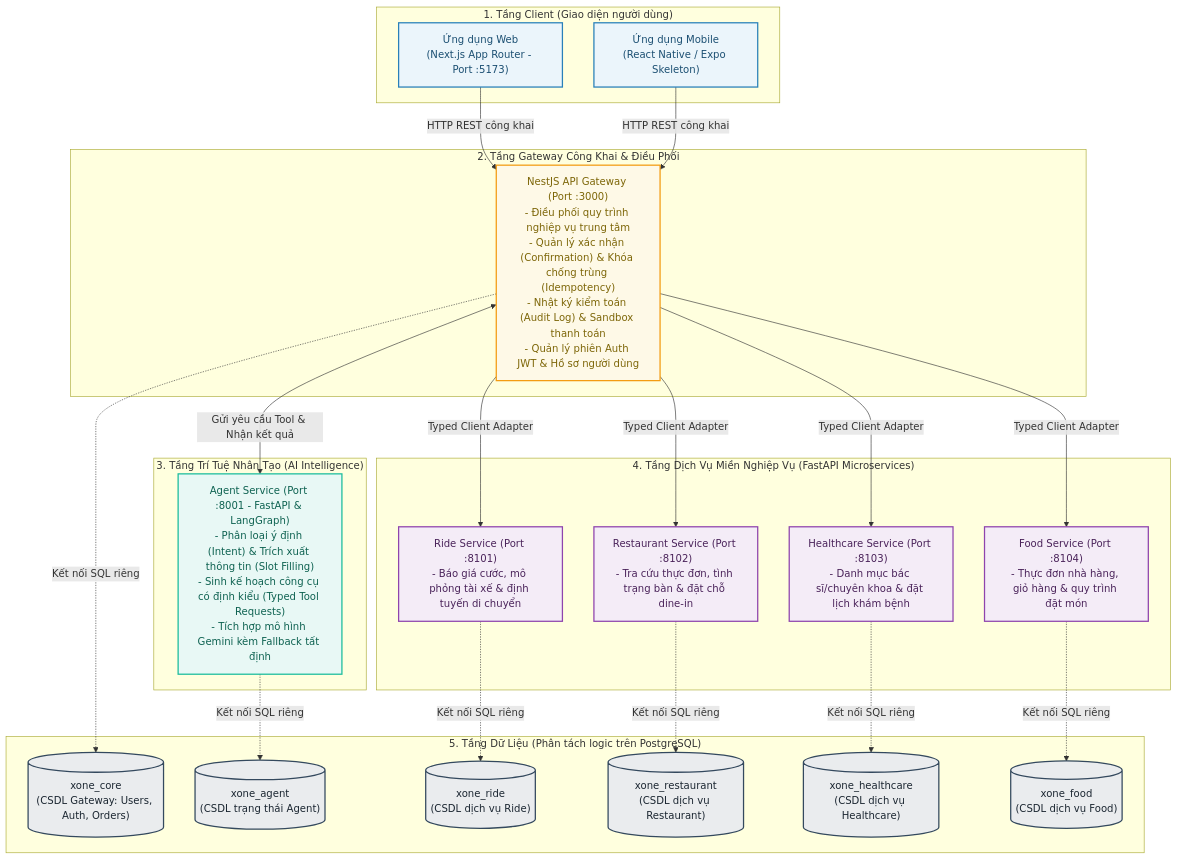
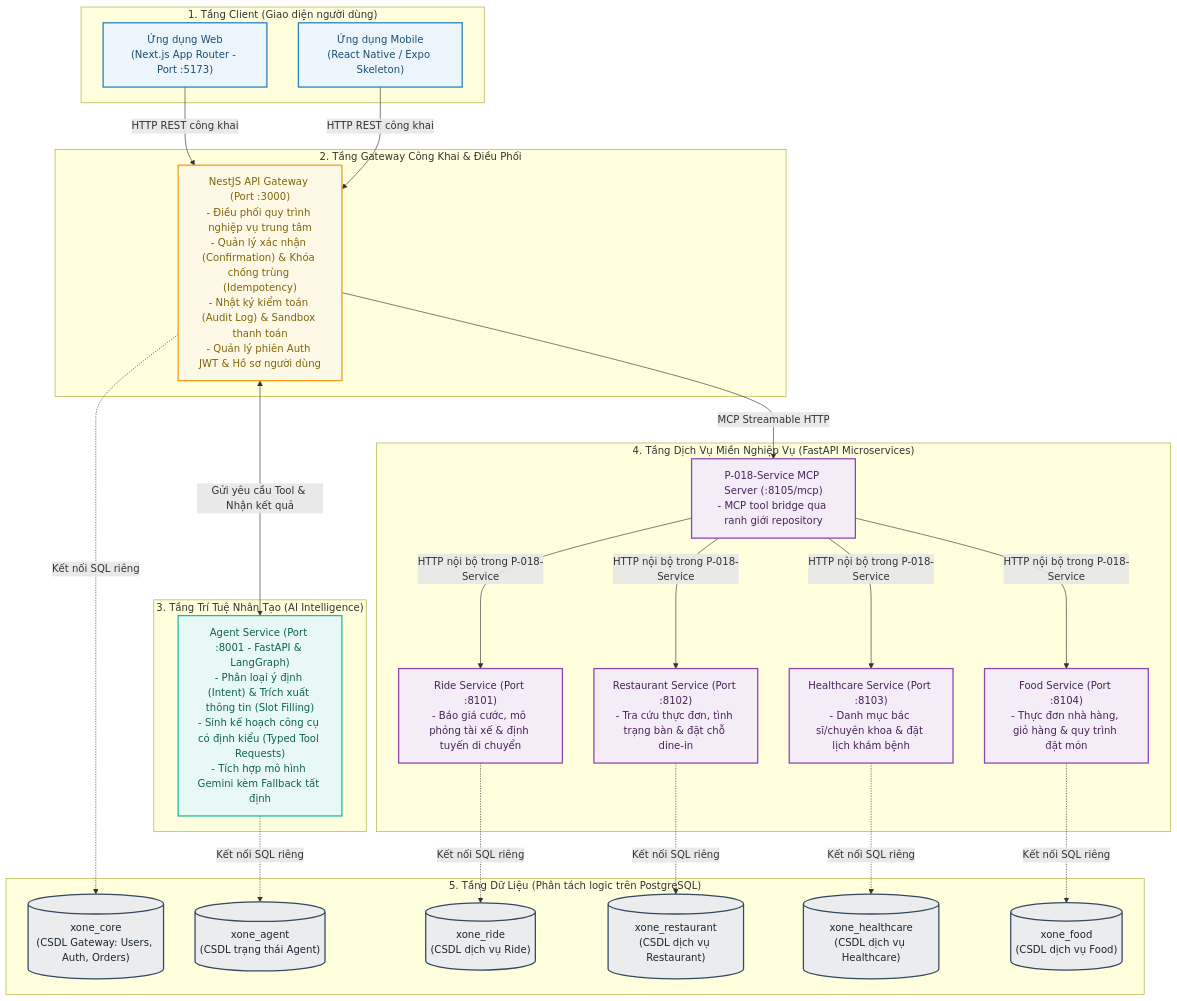
The diagram in docs/02-architecture/system-overview.md (codecuatai/P-018), drawn with Mermaid before and after one commit. The commit also changed other lines of this file and 35 other files, not shown here.

Commit message:
feat: decouple service gateway and improve web UX

````diff
--- a/docs/02-architecture/system-overview.md
+++ b/docs/02-architecture/system-overview.md
@@ -16,54 +16,56 @@
 ```mermaid
 flowchart TB
     classDef client fill:#EBF5FB,stroke:#2980B9,stroke-width:2px,color:#1B4F72;
     classDef gateway fill:#FEF9E7,stroke:#F39C12,stroke-width:2px,color:#7D6608;
     classDef agent fill:#E8F8F5,stroke:#1ABC9C,stroke-width:2px,color:#0E6251;
     classDef domain fill:#F4ECF7,stroke:#8E44AD,stroke-width:2px,color:#4A235A;
     classDef database fill:#EAECEE,stroke:#34495E,stroke-width:2px,color:#1B2631;
 
     subgraph ClientLayer["1. Tầng Client (Giao diện người dùng)"]
         Web["Ứng dụng Web\n(Next.js App Router - Port :5173)"]:::client
         Mobile["Ứng dụng Mobile\n(React Native / Expo Skeleton)"]:::client
     end
 
     subgraph GatewayLayer["2. Tầng Gateway Công Khai & Điều Phối"]
         Gateway["NestJS API Gateway (Port :3000)\n- Điều phối quy trình nghiệp vụ trung tâm\n- Quản lý xác nhận (Confirmation) & Khóa chống trùng (Idempotency)\n- Nhật ký kiểm toán (Audit Log) & Sandbox thanh toán\n- Quản lý phiên Auth JWT & Hồ sơ người dùng"]:::gateway
     end
 
     subgraph AgentLayer["3. Tầng Trí Tuệ Nhân Tạo (AI Intelligence)"]
         Agent["Agent Service (Port :8001 - FastAPI & LangGraph)\n- Phân loại ý định (Intent) & Trích xuất thông tin (Slot Filling)\n- Sinh kế hoạch công cụ có định kiểu (Typed Tool Requests)\n- Tích hợp mô hình Gemini kèm Fallback tất định"]:::agent
     end
 
     subgraph DomainLayer["4. Tầng Dịch Vụ Miền Nghiệp Vụ (FastAPI Microservices)"]
+        ServiceMCP["P-018-Service MCP Server (:8105/mcp)\n- MCP tool bridge qua ranh giới repository"]:::domain
         Ride["Ride Service (Port :8101)\n- Báo giá cước, mô phỏng tài xế & định tuyến di chuyển"]:::domain
         Restaurant["Restaurant Service (Port :8102)\n- Tra cứu thực đơn, tình trạng bàn & đặt chỗ dine-in"]:::domain
         Healthcare["Healthcare Service (Port :8103)\n- Danh mục bác sĩ/chuyên khoa & đặt lịch khám bệnh"]:::domain
         Food["Food Service (Port :8104)\n- Thực đơn nhà hàng, giỏ hàng & quy trình đặt món"]:::domain
     end
 
     subgraph DataLayer["5. Tầng Dữ Liệu (Phân tách logic trên PostgreSQL)"]
         CoreDB[("xone_core\n(CSDL Gateway: Users, Auth, Orders)")]:::database
         AgentDB[("xone_agent\n(CSDL trạng thái Agent)")]:::database
         RideDB[("xone_ride\n(CSDL dịch vụ Ride)")]:::database
         RestDB[("xone_restaurant\n(CSDL dịch vụ Restaurant)")]:::database
         HealthDB[("xone_healthcare\n(CSDL dịch vụ Healthcare)")]:::database
         FoodDB[("xone_food\n(CSDL dịch vụ Food)")]:::database
     end
 
     Web -->|HTTP REST công khai| Gateway
     Mobile -->|HTTP REST công khai| Gateway
 
     Gateway <-->|Gửi yêu cầu Tool & Nhận kết quả| Agent
 
-    Gateway -->|Typed Client Adapter| Ride
-    Gateway -->|Typed Client Adapter| Restaurant
-    Gateway -->|Typed Client Adapter| Healthcare
-    Gateway -->|Typed Client Adapter| Food
+    Gateway -->|MCP Streamable HTTP| ServiceMCP
+    ServiceMCP -->|HTTP nội bộ trong P-018-Service| Ride
+    ServiceMCP -->|HTTP nội bộ trong P-018-Service| Restaurant
+    ServiceMCP -->|HTTP nội bộ trong P-018-Service| Healthcare
+    ServiceMCP -->|HTTP nội bộ trong P-018-Service| Food
 
     Gateway -.->|Kết nối SQL riêng| CoreDB
     Agent -.->|Kết nối SQL riêng| AgentDB
     Ride -.->|Kết nối SQL riêng| RideDB
     Restaurant -.->|Kết nối SQL riêng| RestDB
     Healthcare -.->|Kết nối SQL riêng| HealthDB
     Food -.->|Kết nối SQL riêng| FoodDB
 ```
````
